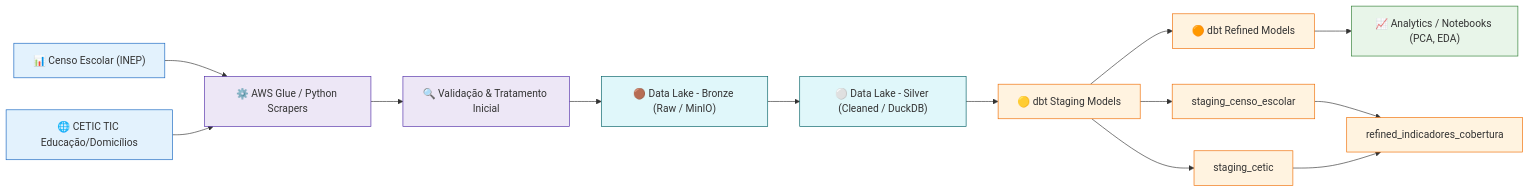
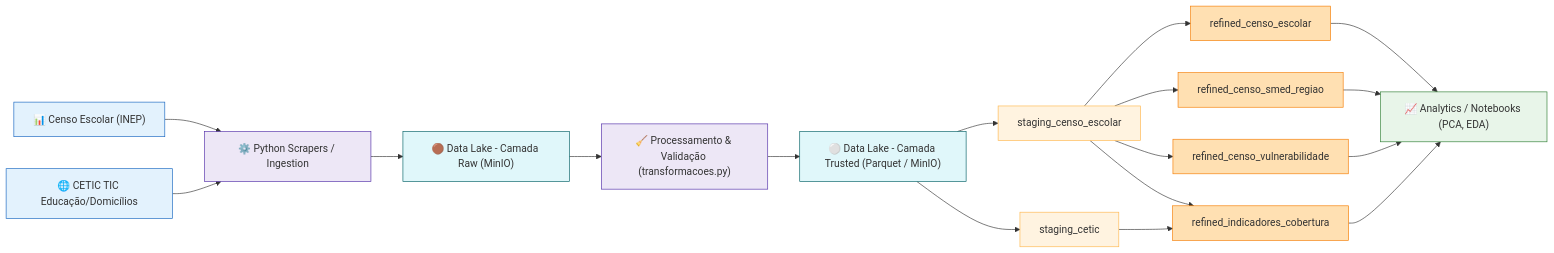
The diagram in pipeline_diagram.md (thalias-silva/education-digital-inequality-analysis), drawn with Mermaid before and after one commit.

````diff
--- a/pipeline_diagram.md
+++ b/pipeline_diagram.md
@@ -3,37 +3,44 @@
 ```mermaid
 flowchart LR
 CENSO["📊 Censo Escolar (INEP)"]
 CETIC["🌐 CETIC TIC Educação/Domicílios"]
-GLUE["⚙️ AWS Glue / Python Scrapers"]
-VALID["🔍 Validação & Tratamento Inicial"]
-BRONZE["🟤 Data Lake - Bronze (Raw / MinIO)"]
-SILVER["⚪ Data Lake - Silver (Cleaned / DuckDB)"]
-DBT_STG["🟡 dbt Staging Models"]
-DBT_REF["🟠 dbt Refined Models"]
+SCRAPE["⚙️ Python Scrapers / Ingestion"]
+PROC["🧹 Processamento & Validação (transformacoes.py)"]
+RAW["🟤 Data Lake - Camada Raw (MinIO)"]
+TRUSTED["⚪ Data Lake - Camada Trusted (Parquet / MinIO)"]
 STG_CENSO["staging_censo_escolar"]
 STG_CETIC["staging_cetic"]
-REF_EX["refined_indicadores_cobertura"]
+REF_CENSO["refined_censo_escolar"]
+REF_SMED["refined_censo_smed_regiao"]
+REF_VULN["refined_censo_vulnerabilidade"]
+REF_COV["refined_indicadores_cobertura"]
 ANL["📈 Analytics / Notebooks (PCA, EDA)"]
-CENSO --> GLUE
-CETIC --> GLUE
-GLUE --> VALID
-VALID --> BRONZE
-BRONZE --> SILVER
-SILVER --> DBT_STG
-DBT_STG --> DBT_REF
-DBT_REF --> ANL
-DBT_STG --> STG_CENSO
-DBT_STG --> STG_CETIC
-STG_CENSO --> REF_EX
-STG_CETIC --> REF_EX
+CENSO --> SCRAPE
+CETIC --> SCRAPE
+SCRAPE --> RAW
+RAW --> PROC
+PROC --> TRUSTED
+TRUSTED --> STG_CENSO
+TRUSTED --> STG_CETIC
+STG_CENSO --> REF_CENSO
+STG_CENSO --> REF_SMED
+STG_CENSO --> REF_VULN
+STG_CENSO --> REF_COV
+STG_CETIC --> REF_COV
+REF_CENSO --> ANL
+REF_SMED --> ANL
+REF_VULN --> ANL
+REF_COV --> ANL
 classDef source fill:#e3f2fd,stroke:#1565c0
-classDef glue fill:#ede7f6,stroke:#512da8
+classDef Python fill:#ede7f6,stroke:#512da8
 classDef lake fill:#e0f7fa,stroke:#006064
-classDef dbt fill:#fff3e0,stroke:#ef6c00
+classDef dbtStg fill:#fff3e0,stroke:#ffb74d
+classDef dbtRef fill:#ffe0b2,stroke:#f57c00
 classDef analytics fill:#e8f5e9,stroke:#2e7d32
 class CENSO,CETIC source
-class GLUE,VALID glue
-class BRONZE,SILVER lake
-class DBT_STG,DBT_REF,STG_CENSO,STG_CETIC,REF_EX dbt
+class SCRAPE,PROC Python
+class RAW,TRUSTED lake
+class STG_CENSO,STG_CETIC dbtStg
+class REF_CENSO,REF_SMED,REF_VULN,REF_COV dbtRef
 class ANL analytics
 ```
````
